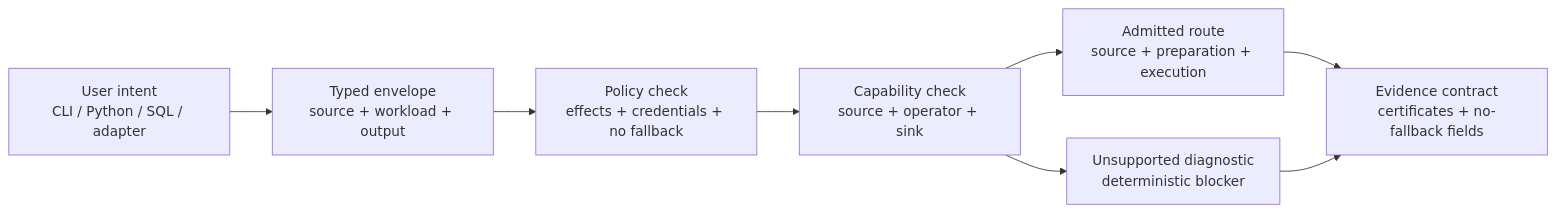
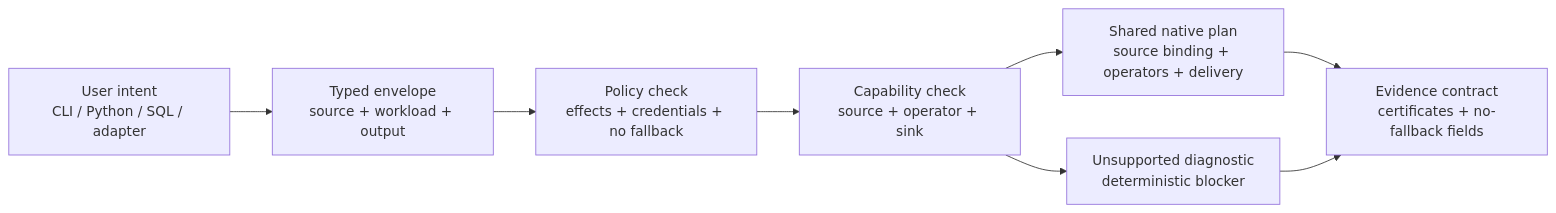
Before and after one commit to depsilon/shardloom: the second of 8 diagrams in docs/architecture/compute-engine-flow-reference.md, drawn with Mermaid. The commit also changed other lines of this file and 37 other files, not shown here.

Commit message:
Record complete shared-native engine acceptance and align current documentation

````diff
--- a/docs/architecture/compute-engine-flow-reference.md
+++ b/docs/architecture/compute-engine-flow-reference.md
@@ -546,14 +415,14 @@
 ```mermaid
 flowchart LR
     USER["User intent<br/>CLI / Python / SQL / adapter"]
     ENVELOPE["Typed envelope<br/>source + workload + output"]
     POLICY["Policy check<br/>effects + credentials + no fallback"]
     CAPABILITY["Capability check<br/>source + operator + sink"]
     UNSUPPORTED["Unsupported diagnostic<br/>deterministic blocker"]
-    ROUTE["Admitted route<br/>source + preparation + execution"]
+    ROUTE["Shared native plan<br/>source binding + operators + delivery"]
     CERT["Evidence contract<br/>certificates + no-fallback fields"]
 
     USER --> ENVELOPE --> POLICY --> CAPABILITY
     CAPABILITY --> ROUTE --> CERT
     CAPABILITY --> UNSUPPORTED --> CERT
 ```
````
